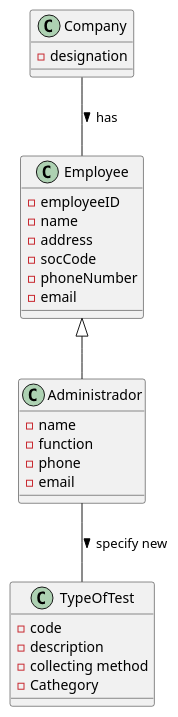
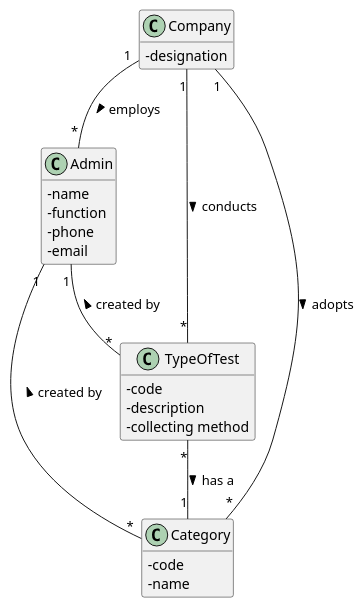
One commit to GuilhermeCunha79/lapr2 changed the diagram in docs/SprintB/US9/UC9_MD.puml. Above: the diagram before and after it, drawn with PlantUML. The commit also changed 8 other files, not shown here.

Commit message:
[US9] Md  rename update of UC_MD diagram and addition of svg files of UC9_CD, UC9_MD, UC9_SD, UC_SSD

```diff
--- a/docs/SprintB/US9/UC9_MD.puml
+++ b/docs/SprintB/US9/UC9_MD.puml
@@ -1,34 +1,35 @@
 @startuml
 'https://plantuml.com/sequence-diagram
+hide methods
+skinparam classAttributeIconSize 0
 
-Company -- Employee :> has
-Employee <|-- Administrador
-Administrador --  TypeOfTest:> specify new
+
+Company"1" -- "*"Admin :> employs
+Company"1" -- "*"TypeOfTest:> conducts
+Company"1" -- "*"Category :> adopts
+Admin"1" -- "*"TypeOfTest :< created by
+TypeOfTest"*" -- "1"Category :> has a
+Admin"1" -- "*"Category :< created by
 
 class TypeOfTest{
 -code
 -description
 -collecting method
--Cathegory
 }
 
-class Administrador{
+class Admin{
   -name
   -function
   -phone
   -email
 }
 
-class Employee{
--employeeID
--name
--address
--socCode
--phoneNumber
--email
-}
-
 class Company{
 -designation
 }
+
+class Category{
+    -code
+    -name
+}
 @enduml
```
